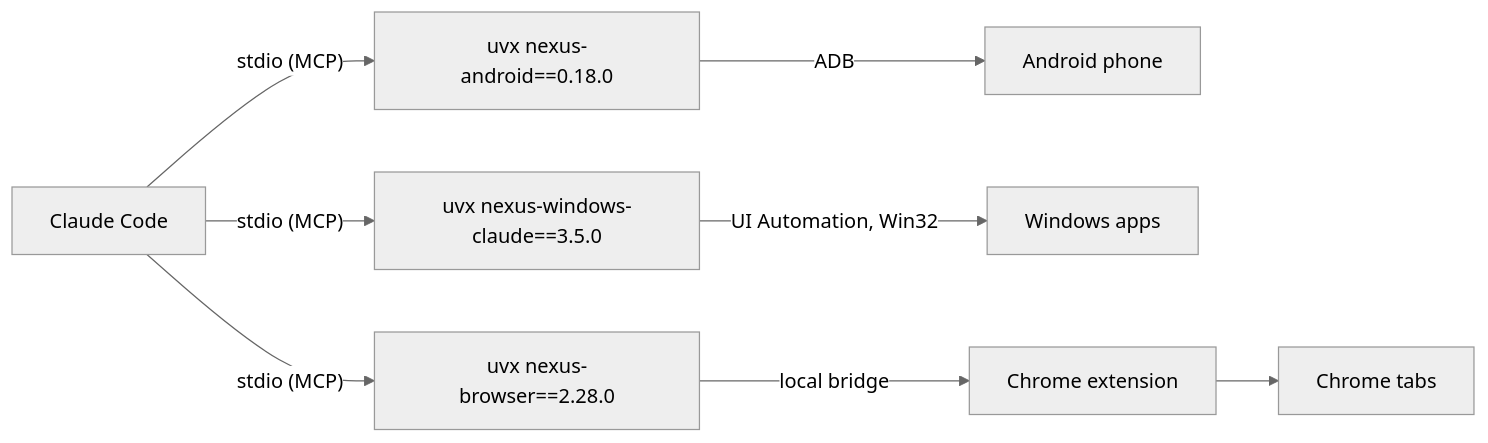
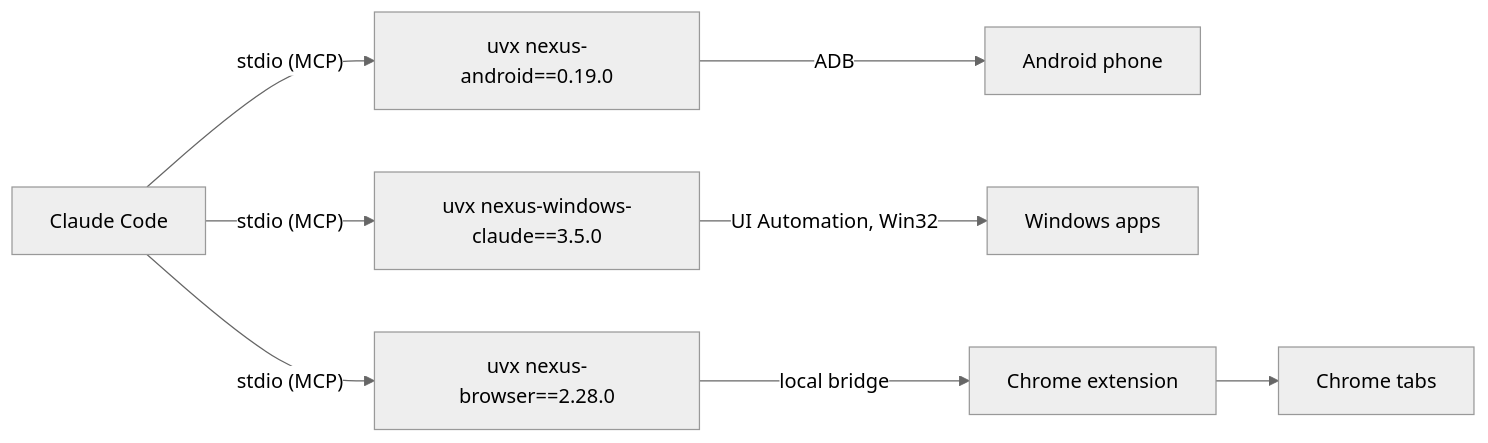
One commit to pironjulien/NexusSystem changed the diagram in README.md. Above: the diagram before and after it, drawn with Mermaid (neutral theme). The commit also changed 9 other files, not shown here.

Commit message:
1.6.22: nexus-android 0.19.0 (lossless phone capture)

````diff
--- a/README.md
+++ b/README.md
@@ -129,6 +129,6 @@
 ```mermaid
 flowchart LR
-    C["Claude Code"] -- "stdio (MCP)" --> A["uvx nexus-android==0.18.0"] -- ADB --> P["Android phone"]
+    C["Claude Code"] -- "stdio (MCP)" --> A["uvx nexus-android==0.19.0"] -- ADB --> P["Android phone"]
     C -- "stdio (MCP)" --> W["uvx nexus-windows-claude==3.5.0"] -- "UI Automation, Win32" --> D["Windows apps"]
     C -- "stdio (MCP)" --> B["uvx nexus-browser==2.28.0"] -- "local bridge" --> E["Chrome extension"] --> T["Chrome tabs"]
 ```
````
